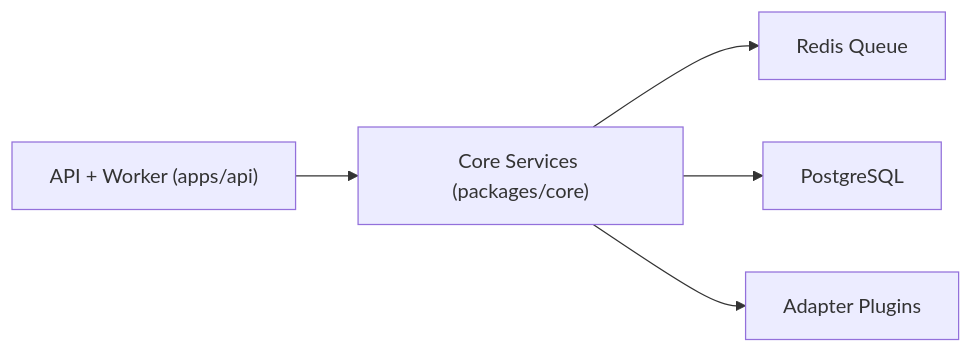
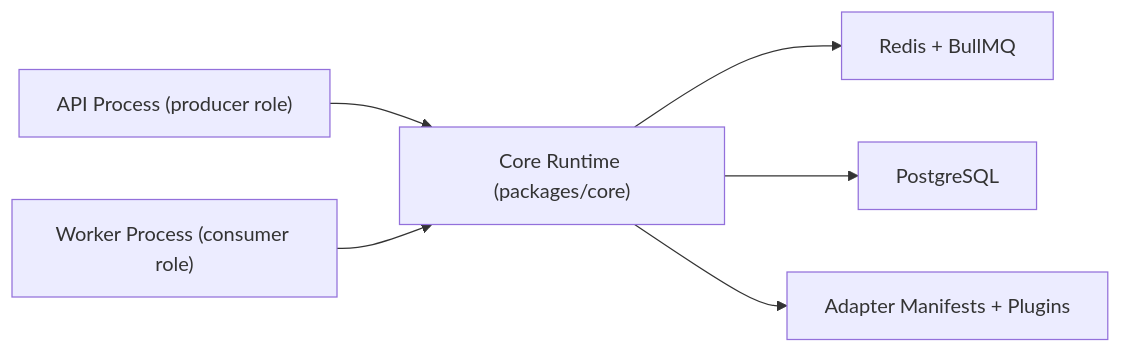
Before and after one commit to penyululz/integrator-project: the first of 2 diagrams in docs/architecture.md, drawn with Mermaid. The commit also changed other lines of this file and 25 other files, not shown here.

````diff
--- a/docs/architecture.md
+++ b/docs/architecture.md
@@ -32,7 +34,8 @@
 ```mermaid
 graph LR
-  API["API + Worker (apps/api)"] --> Core["Core Services (packages/core)"]
-  Core --> Queue["Redis Queue"]
+  API["API Process (producer role)"] --> Core["Core Runtime (packages/core)"]
+  Worker["Worker Process (consumer role)"] --> Core
+  Core --> Queue["Redis + BullMQ"]
   Core --> DB["PostgreSQL"]
-  Core --> Plugins["Adapter Plugins"]
+  Core --> Plugins["Adapter Manifests + Plugins"]
 ```
````
